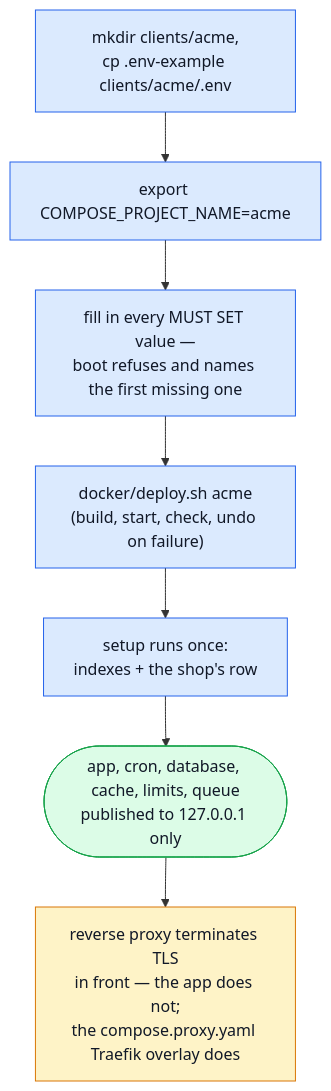
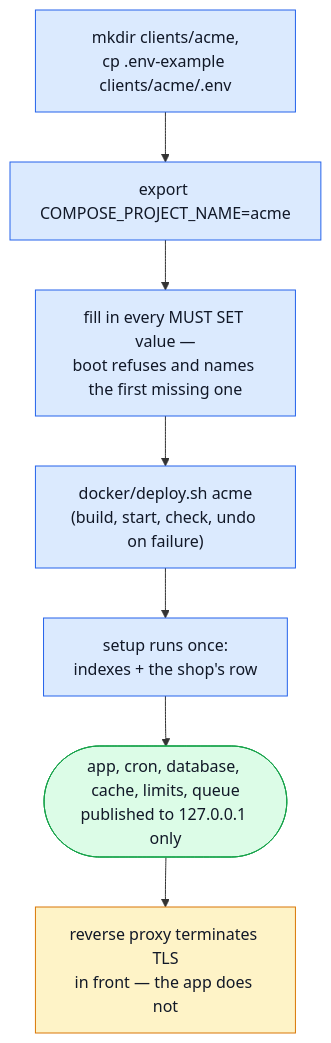
Before and after one commit to Guebbit/boilerplate-node-backend: the first of 2 diagrams in docs/operate/first-deploy.md, drawn with Mermaid. The commit also changed other lines of this file and 27 other files, not shown here.

First line of the commit message:
refactor(deploy): drop the Traefik multi-client overlay, one client per machine

````diff
--- a/docs/operate/first-deploy.md
+++ b/docs/operate/first-deploy.md
@@ -32,16 +32,16 @@
 ```mermaid
 flowchart TD
     Dir["mkdir clients/acme,\ncp .env-example clients/acme/.env"] --> Name["export COMPOSE_PROJECT_NAME=acme"]
     Name --> Secrets["fill in every MUST SET value —\nboot refuses and names the first missing one"]
     Secrets --> Up["docker/deploy.sh acme\n(build, start, check, undo on failure)"]
     Up --> Setup["setup runs once:\nindexes + the shop's row"]
     Setup --> Running(["app, cron, database, cache, limits, queue\npublished to 127.0.0.1 only"])
-    Running --> Proxy["reverse proxy terminates TLS\nin front — the app does not;\nthe compose.proxy.yaml Traefik overlay does"]
+    Running --> Proxy["reverse proxy terminates TLS\nin front — the app does not"]
 
     classDef step fill:#dbeafe,stroke:#2563eb,color:#111827;
     classDef done fill:#dcfce7,stroke:#16a34a,color:#111827;
     classDef warn fill:#fef3c7,stroke:#d97706,color:#111827;
     class Dir,Name,Secrets,Up,Setup step;
     class Running done;
     class Proxy warn;
 ```
````
